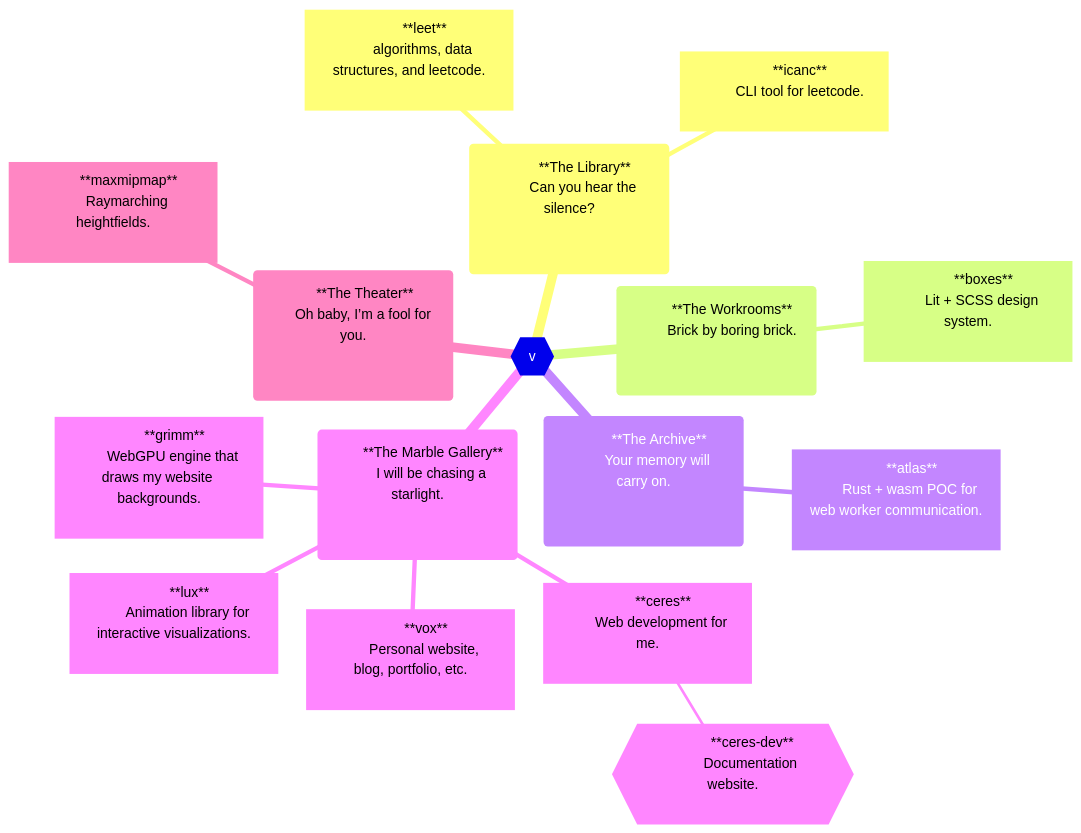
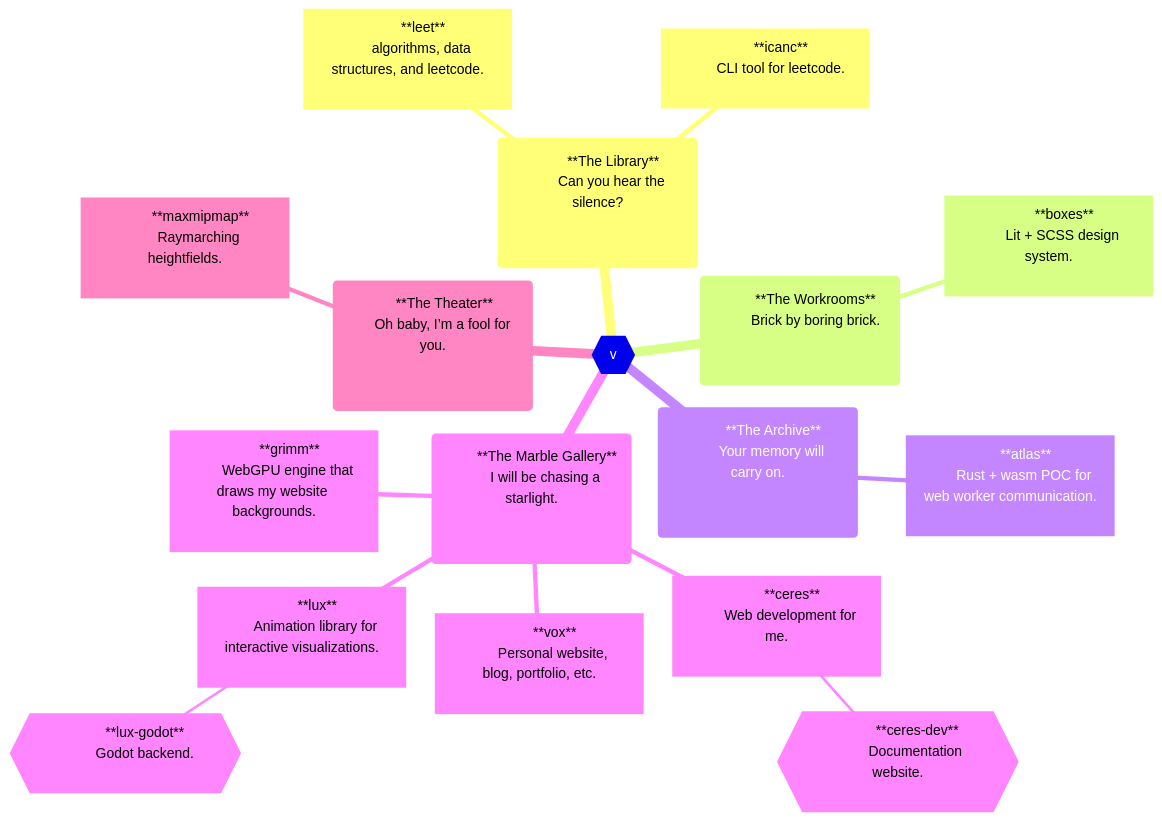
One commit to voxelstack/voxelstack changed the diagram in README.md. Above: the diagram before and after it, drawn with Mermaid.

````diff
--- a/README.md
+++ b/README.md
@@ -4,70 +4,74 @@
 ```mermaid
 mindmap
   root{{v}}
     (
         **The Library**
         Can you hear the silence?
         <!-- Can you see the dark? -->
     )
       [
         **leet**
         algorithms, data structures, and leetcode.
       ]
       [
         **icanc**
         CLI tool for leetcode.
       ]
     (
         <!-- The word "workshop" was taken from us. -->
         **The Workrooms**
         Brick by boring brick.
         <!-- Or the wolf's gonna blow it down. -->
     )
       [
         **boxes**
         Lit + SCSS design system.
       ]
     (
         **The Archive**
         Your memory will carry on.
         <!-- We'll carry on. -->
     )
       [
         **atlas**
         Rust + wasm POC for web worker communication.
       ]
     (
         **The Marble Gallery**
         I will be chasing a starlight.
         <!-- Until the end of my life. -->
     )
       [
         **ceres**
         Web development for me.
       ]
         {{
           **ceres-dev**
           Documentation website.
         }}
       [
         **grimm**
         WebGPU engine that draws my website backgrounds.
       ]
       [
         **vox**
         Personal website, blog, portfolio, etc.
       ]
       [
         **lux**
         Animation library for interactive visualizations.
       ]
+        {{
+          **lux-godot**
+          Godot backend.
+        }}
     (
       **The Theater**
       Oh baby, I’m a fool for you.
       <!-- You're the queen of the superficial. -->
     )
       [
         **maxmipmap**
         Raymarching heightfields.
       ]
 ```
````
